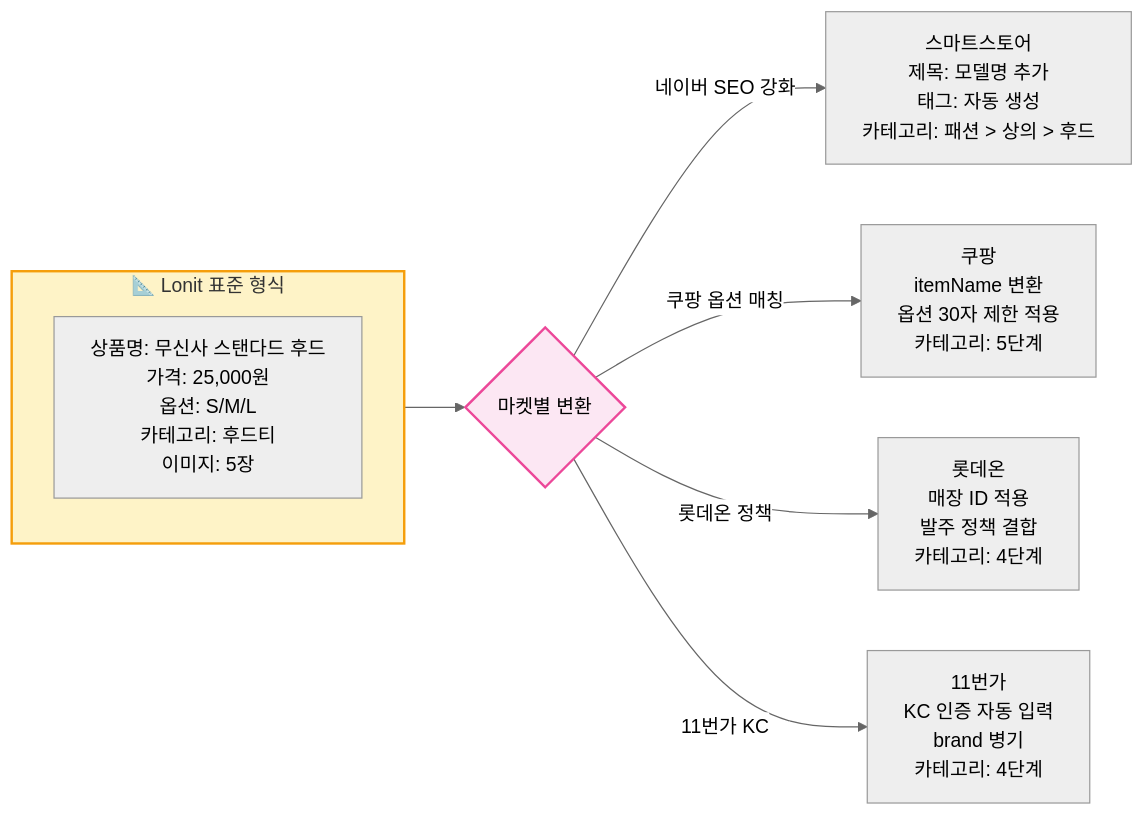
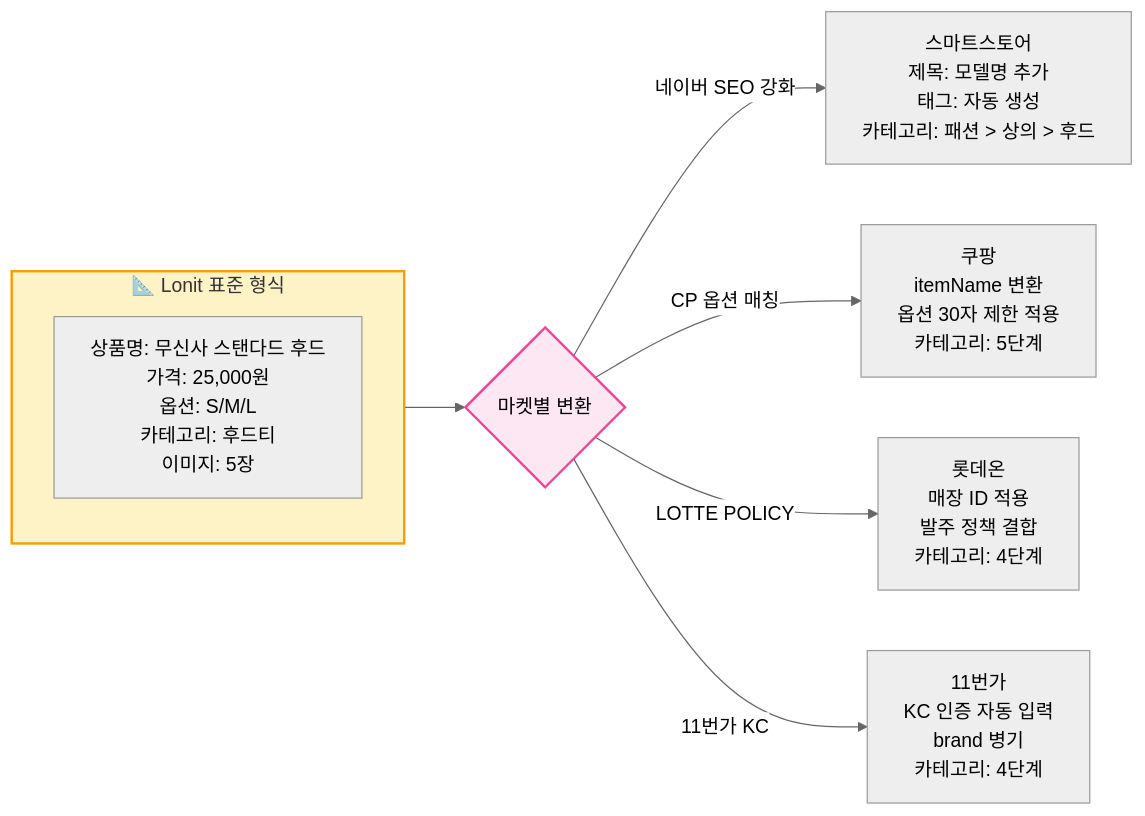
One commit to cksdud5785-design/lonit-manual changed the eighth of 10 diagrams in docs/02-architecture.md. Above: the diagram before and after it, drawn with Mermaid (neutral theme). The commit also changed other lines of this file and 17 other files, not shown here.

First line of the commit message:
fix: mermaid 한국어 ID → ASCII + 더망고 → T사 일괄 변경

````diff
--- a/docs/02-architecture.md
+++ b/docs/02-architecture.md
@@ -250,16 +249,16 @@
 ```mermaid
 flowchart LR
-    subgraph 표준["📐 Lonit 표준 형식"]
+    subgraph STD["📐 Lonit 표준 형식"]
         T[상품명: 무신사 스탠다드 후드<br>가격: 25,000원<br>옵션: S/M/L<br>카테고리: 후드티<br>이미지: 5장]
     end
     
-    표준 --> V{마켓별 변환}
+    STD --> V{마켓별 변환}
     
     V -->|네이버 SEO 강화| N[스마트스토어<br>제목: 모델명 추가<br>태그: 자동 생성<br>카테고리: 패션 > 상의 > 후드]
-    V -->|쿠팡 옵션 매칭| C[쿠팡<br>itemName 변환<br>옵션 30자 제한 적용<br>카테고리: 5단계]
-    V -->|롯데온 정책| L[롯데온<br>매장 ID 적용<br>발주 정책 결합<br>카테고리: 4단계]
+    V -->|CP 옵션 매칭| C[쿠팡<br>itemName 변환<br>옵션 30자 제한 적용<br>카테고리: 5단계]
+    V -->|LOTTE POLICY| L[롯데온<br>매장 ID 적용<br>발주 정책 결합<br>카테고리: 4단계]
     V -->|11번가 KC| E[11번가<br>KC 인증 자동 입력<br>brand 병기<br>카테고리: 4단계]
     
-    style 표준 fill:#fef3c7,stroke:#f59e0b,stroke-width:2px
+    style STD fill:#fef3c7,stroke:#f59e0b,stroke-width:2px
     style V fill:#fce7f3,stroke:#ec4899,stroke-width:2px
 ```
````
